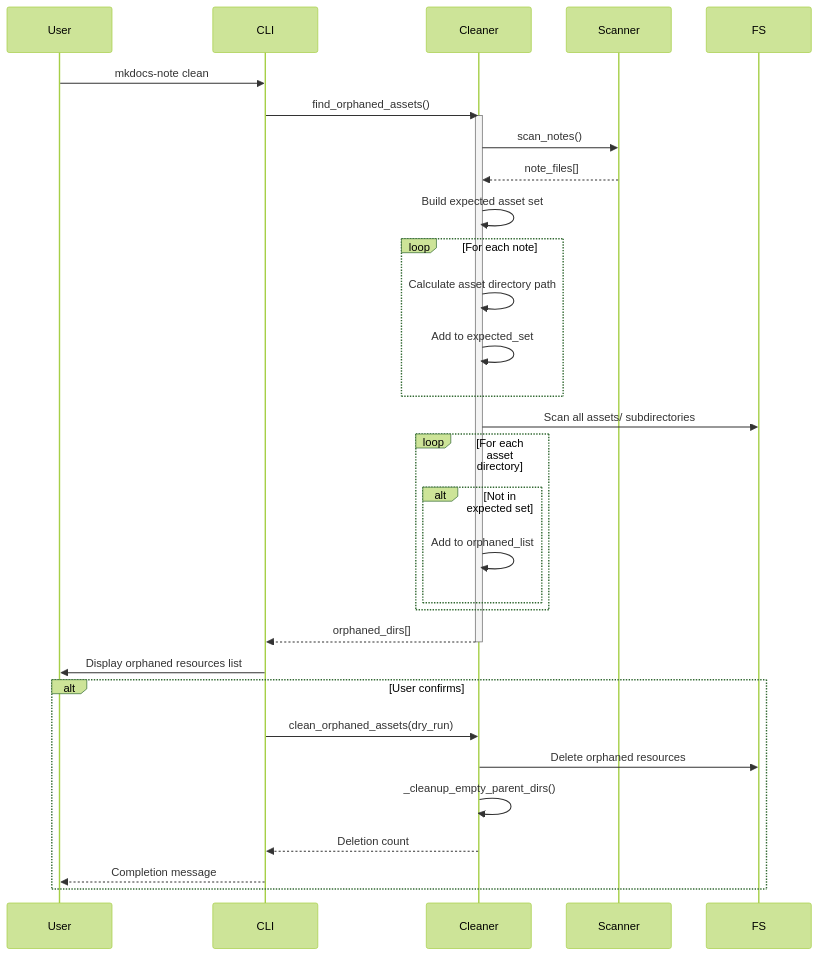
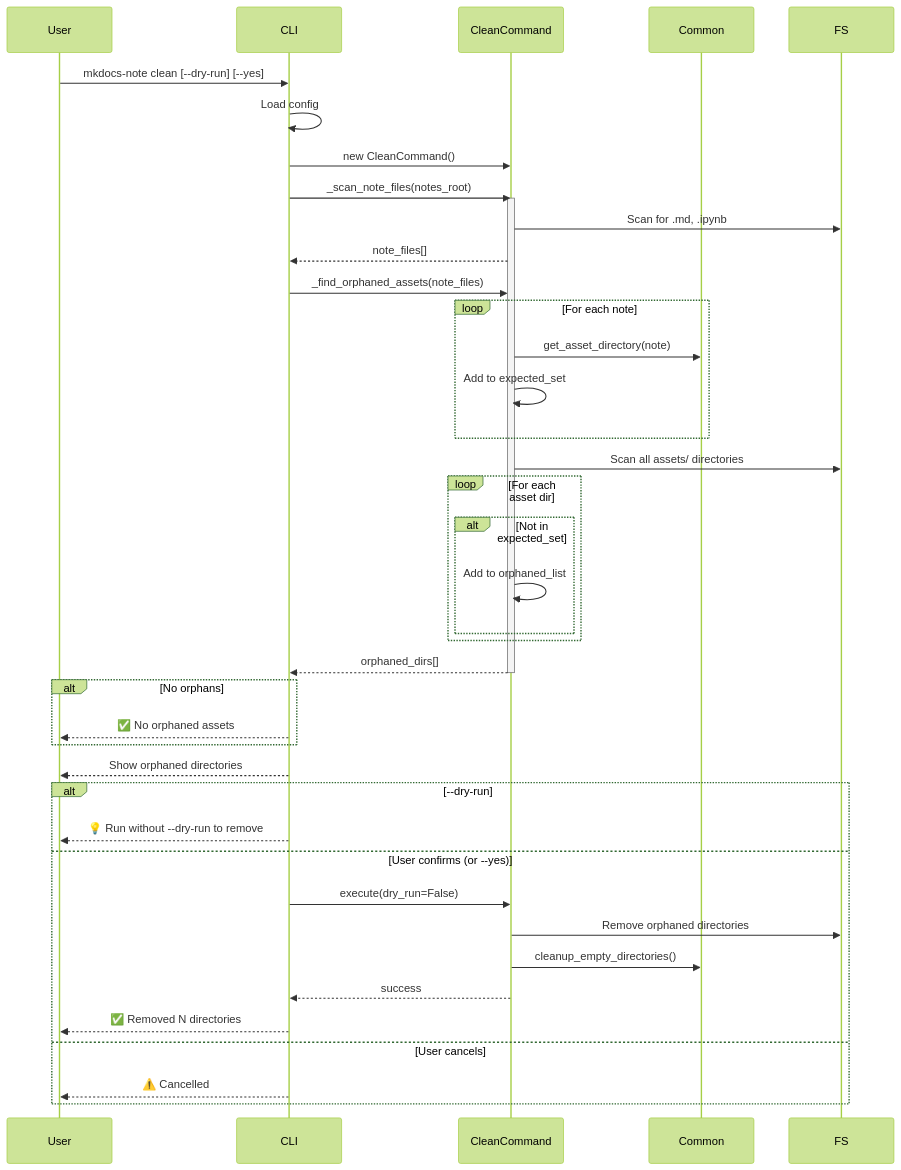
One commit to virtualguard101/mkdocs-note changed the fifth of 6 diagrams in docs/contributing/architecture.md. Above: the diagram before and after it, drawn with Mermaid (forest theme). The commit also changed other lines of this file and 1 other file, not shown here.

````diff
--- a/docs/contributing/architecture.md
+++ b/docs/contributing/architecture.md
@@ -670,41 +614,52 @@
 ```mermaid
 sequenceDiagram
     participant User
     participant CLI
-    participant Cleaner
-    participant Scanner
+    participant CleanCmd as CleanCommand
+    participant Common
     participant FS
     
-    User->>CLI: mkdocs-note clean
-    CLI->>Cleaner: find_orphaned_assets()
-    activate Cleaner
+    User->>CLI: mkdocs-note clean [--dry-run] [--yes]
+    CLI->>CLI: Load config
+    CLI->>CleanCmd: new CleanCommand()
     
-    Cleaner->>Scanner: scan_notes()
-    Scanner-->>Cleaner: note_files[]
+    CLI->>CleanCmd: _scan_note_files(notes_root)
+    activate CleanCmd
+    CleanCmd->>FS: Scan for .md, .ipynb
+    CleanCmd-->>CLI: note_files[]
     
-    Cleaner->>Cleaner: Build expected asset set
+    CLI->>CleanCmd: _find_orphaned_assets(note_files)
+    
     loop For each note
-        Cleaner->>Cleaner: Calculate asset directory path
-        Cleaner->>Cleaner: Add to expected_set
+        CleanCmd->>Common: get_asset_directory(note)
+        CleanCmd->>CleanCmd: Add to expected_set
     end
     
-    Cleaner->>FS: Scan all assets/ subdirectories
-    loop For each asset directory
-        alt Not in expected set
-            Cleaner->>Cleaner: Add to orphaned_list
+    CleanCmd->>FS: Scan all assets/ directories
+    loop For each asset dir
+        alt Not in expected_set
+            CleanCmd->>CleanCmd: Add to orphaned_list
         end
     end
     
-    Cleaner-->>CLI: orphaned_dirs[]
-    deactivate Cleaner
+    CleanCmd-->>CLI: orphaned_dirs[]
+    deactivate CleanCmd
     
-    CLI->>User: Display orphaned resources list
+    alt No orphans
+        CLI-->>User: ✅ No orphaned assets
+    end
     
-    alt User confirms
-        CLI->>Cleaner: clean_orphaned_assets(dry_run)
-        Cleaner->>FS: Delete orphaned resources
-        Cleaner->>Cleaner: _cleanup_empty_parent_dirs()
-        Cleaner-->>CLI: Deletion count
-        CLI-->>User: Completion message
+    CLI-->>User: Show orphaned directories
+    
+    alt --dry-run
+        CLI-->>User: 💡 Run without --dry-run to remove
+    else User confirms (or --yes)
+        CLI->>CleanCmd: execute(dry_run=False)
+        CleanCmd->>FS: Remove orphaned directories
+        CleanCmd->>Common: cleanup_empty_directories()
+        CleanCmd-->>CLI: success
+        CLI-->>User: ✅ Removed N directories
+    else User cancels
+        CLI-->>User: ⚠️ Cancelled
     end
 ```
````
